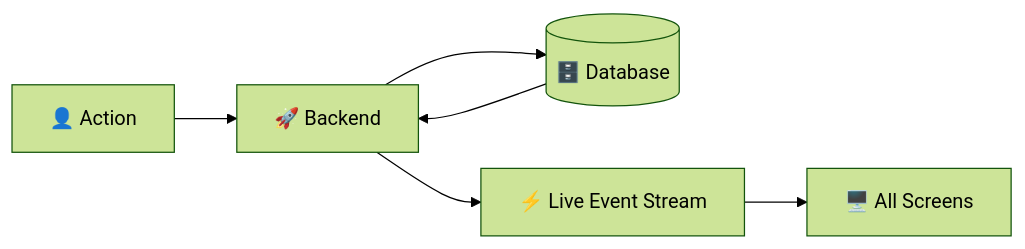
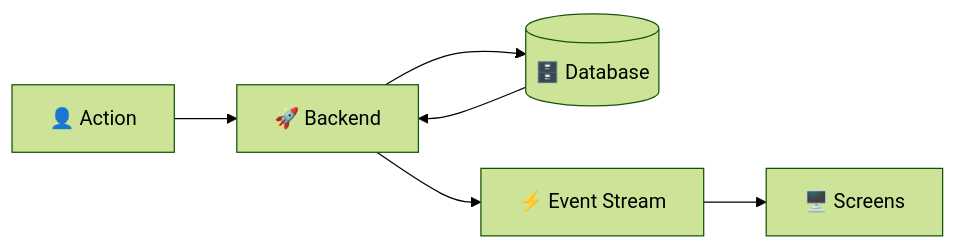
One commit to miangelisse-ux/kairoslive changed the third of 4 diagrams in architecture.md. Above: the diagram before and after it, drawn with Mermaid (forest theme). The commit also changed other lines of this file, not shown here.

````diff
--- a/architecture.md
+++ b/architecture.md
@@ -157,15 +160,15 @@
 ```mermaid
 flowchart LR
 
 User[👤 Action]
 API[🚀 Backend]
 DB[(🗄️ Database)]
-Event[⚡ Live Event Stream]
-Screen[🖥️ All Screens]
+Event[⚡ Event Stream]
+Screen[🖥️ Screens]
 
 User --> API
 API --> DB
 DB --> API
 API --> Event
 Event --> Screen
 ```
````
